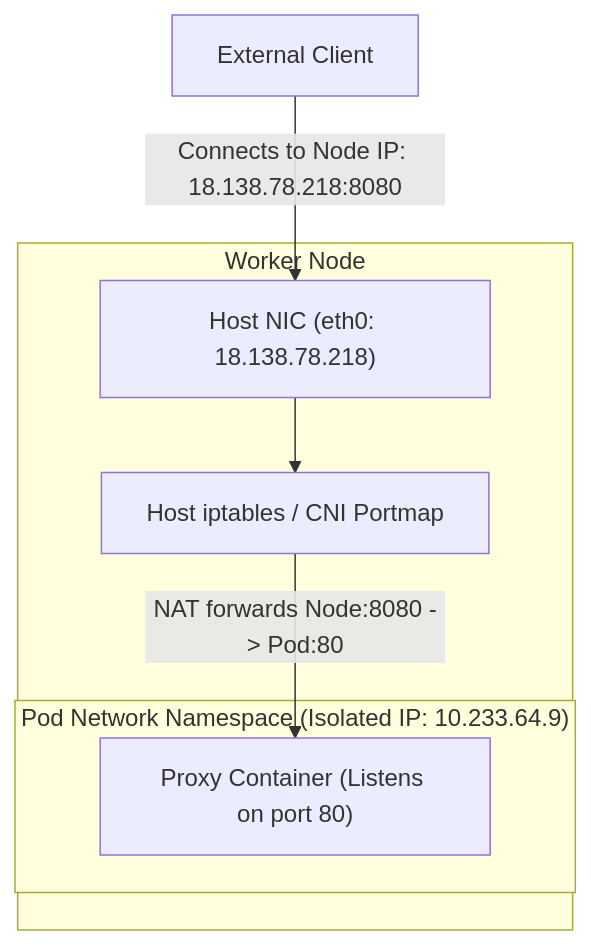
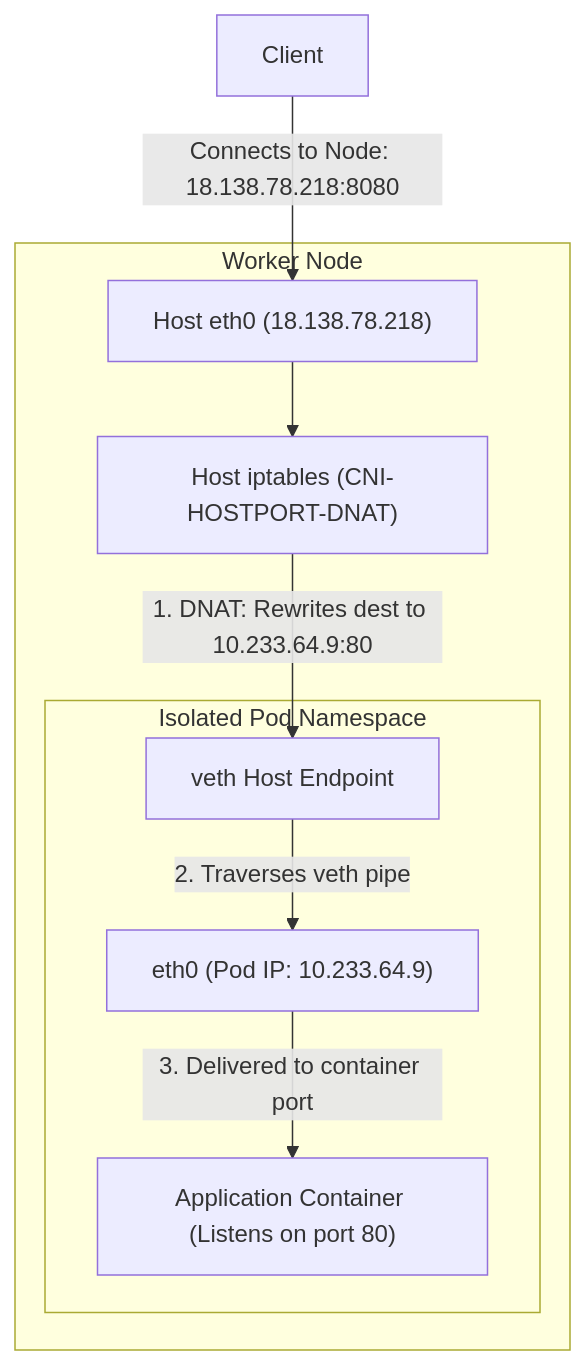
Before and after one commit to seang454/kubernete-aws-gcp: the ninth of 9 diagrams in kubernetes_pod_networking_and_service_types.md, drawn with Mermaid. The commit also changed other lines of this file, not shown here.

````diff
--- a/kubernetes_pod_networking_and_service_types.md
+++ b/kubernetes_pod_networking_and_service_types.md
@@ -296,14 +305,16 @@
 ```mermaid
 flowchart TD
-    ExternalClient["External Client"] -->|Connects to Node IP: 18.138.78.218:8080| HostNIC["Host NIC (eth0: 18.138.78.218)"]
+    Client["Client"] -->|Connects to Node: 18.138.78.218:8080| PhysicalNIC["Host eth0 (18.138.78.218)"]
 
     subgraph HostVM["Worker Node"]
-        HostNIC --> IPTables["Host iptables / CNI Portmap"]
+        PhysicalNIC --> IPTables["Host iptables (CNI-HOSTPORT-DNAT)"]
+        IPTables -->|1. DNAT: Rewrites dest to 10.233.64.9:80| VethHost["veth Host Endpoint"]
 
-        subgraph PodNamespace["Pod Network Namespace (Isolated IP: 10.233.64.9)"]
-            Container["Proxy Container (Listens on port 80)"]
+        subgraph PodNS["Isolated Pod Namespace"]
+            PodVeth["eth0 (Pod IP: 10.233.64.9)"]
+            AppContainer["Application Container (Listens on port 80)"]
+            VethHost -->|2. Traverses veth pipe| PodVeth
+            PodVeth -->|3. Delivered to container port| AppContainer
         end
-
-        IPTables -->|NAT forwards Node:8080 -> Pod:80| Container
     end
 ```
````
